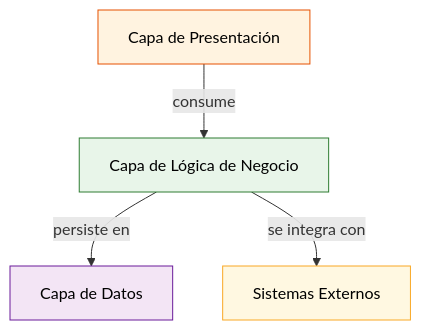
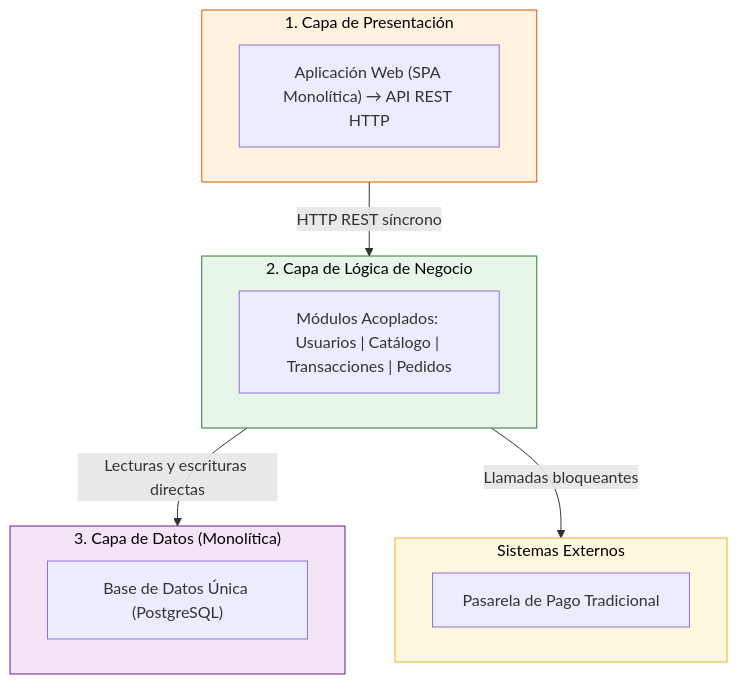
The first of 2 diagrams in docs/02-arquitectura-software/arquitectura-inicial.md (fxrl01/Marketplace-arquitSoft-02-Fernando), drawn with Mermaid before and after one commit. The commit also changed other lines of this file and 3 other files, not shown here.

````diff
--- a/docs/02-arquitectura-software/arquitectura-inicial.md
+++ b/docs/02-arquitectura-software/arquitectura-inicial.md
@@ -36,11 +18,27 @@
 ```mermaid
 flowchart TD
-    P["Capa de Presentación"] -->|"consume"| N["Capa de Lógica de Negocio"]
-    N -->|"persiste en"| D["Capa de Datos"]
-    N -->|"se integra con"| E["Sistemas Externos"]
+    subgraph PRESENTACION["1. Capa de Presentación"]
+        Web["Aplicación Web (SPA Monolítica) → API REST HTTP"]
+    end
 
-    style P fill:#FFF3E0,stroke:#E65100,color:#000
-    style N fill:#E8F5E9,stroke:#2E7D32,color:#000
-    style D fill:#F3E5F5,stroke:#6A1B9A,color:#000
-    style E fill:#FFF8E1,stroke:#F9A825,color:#000
+    subgraph NEGOCIO["2. Capa de Lógica de Negocio"]
+        Modulos["Módulos Acoplados: Usuarios | Catálogo | Transacciones | Pedidos"]
+    end
+
+    subgraph DATOS["3. Capa de Datos (Monolítica)"]
+        BD["Base de Datos Única (PostgreSQL)"]
+    end
+
+    subgraph EXTERNOS["Sistemas Externos"]
+        Pago["Pasarela de Pago Tradicional"]
+    end
+
+    PRESENTACION -->|"HTTP REST síncrono"| NEGOCIO
+    NEGOCIO -->|"Lecturas y escrituras directas"| DATOS
+    NEGOCIO -->|"Llamadas bloqueantes"| EXTERNOS
+
+    style PRESENTACION fill:#FFF3E0,stroke:#E65100,color:#000
+    style NEGOCIO fill:#E8F5E9,stroke:#2E7D32,color:#000
+    style DATOS fill:#F3E5F5,stroke:#6A1B9A,color:#000
+    style EXTERNOS fill:#FFF8E1,stroke:#F9A825,color:#000
 ```
````
